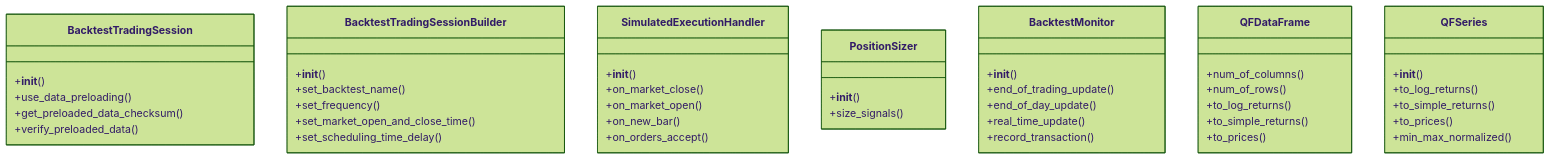
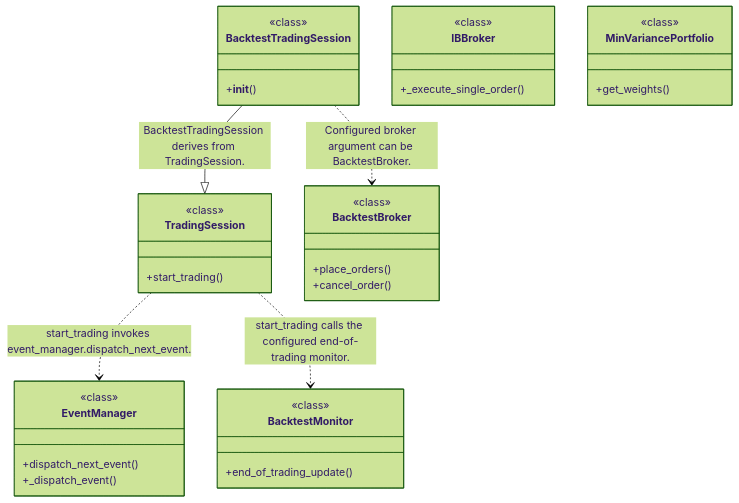
One commit to alexcwyu/qf-lib changed the second of 4 diagrams in docs/ayu-develop.md. Above: the diagram before and after it, drawn with Mermaid (forest theme). The commit also changed other lines of this file and 13 other files, not shown here.

Commit message:
docs: standardize source-reviewed system guides and offline diagrams

````diff
--- a/docs/ayu-develop.md
+++ b/docs/ayu-develop.md
@@ -83,48 +95,37 @@
 ```mermaid
 classDiagram
-    class BacktestTradingSession {
-        +__init__()
-        +use_data_preloading()
-        +get_preloaded_data_checksum()
-        +verify_preloaded_data()
-    }
-    class BacktestTradingSessionBuilder {
-        +__init__()
-        +set_backtest_name()
-        +set_frequency()
-        +set_market_open_and_close_time()
-        +set_scheduling_time_delay()
-    }
-    class SimulatedExecutionHandler {
-        +__init__()
-        +on_market_close()
-        +on_market_open()
-        +on_new_bar()
-        +on_orders_accept()
-    }
-    class PositionSizer {
-        +__init__()
-        +size_signals()
-    }
-    class BacktestMonitor {
-        +__init__()
-        +end_of_trading_update()
-        +end_of_day_update()
-        +real_time_update()
-        +record_transaction()
-    }
-    class QFDataFrame {
-        +num_of_columns()
-        +num_of_rows()
-        +to_log_returns()
-        +to_simple_returns()
-        +to_prices()
-    }
-    class QFSeries {
-        +__init__()
-        +to_log_returns()
-        +to_simple_returns()
-        +to_prices()
-        +min_max_normalized()
-    }
+  class N0["TradingSession"] {
+    <<class>>
+    +start_trading()
+  }
+  class N1["BacktestTradingSession"] {
+    <<class>>
+    +__init__()
+  }
+  class N2["EventManager"] {
+    <<class>>
+    +dispatch_next_event()
+    +_dispatch_event()
+  }
+  class N3["BacktestBroker"] {
+    <<class>>
+    +place_orders()
+    +cancel_order()
+  }
+  class N4["IBBroker"] {
+    <<class>>
+    +_execute_single_order()
+  }
+  class N5["MinVariancePortfolio"] {
+    <<class>>
+    +get_weights()
+  }
+  class N6["BacktestMonitor"] {
+    <<class>>
+    +end_of_trading_update()
+  }
+  N1 --|> N0 : BacktestTradingSession derives from TradingSession.
+  N0 ..> N2 : start_trading invokes event_manager.dispatch_next_event.
+  N1 ..> N3 : Configured broker argument can be BacktestBroker.
+  N0 ..> N6 : start_trading calls the configured end-of-trading monitor.
 ```
````
